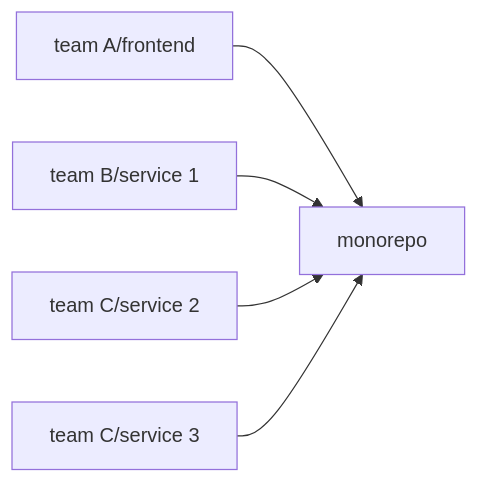
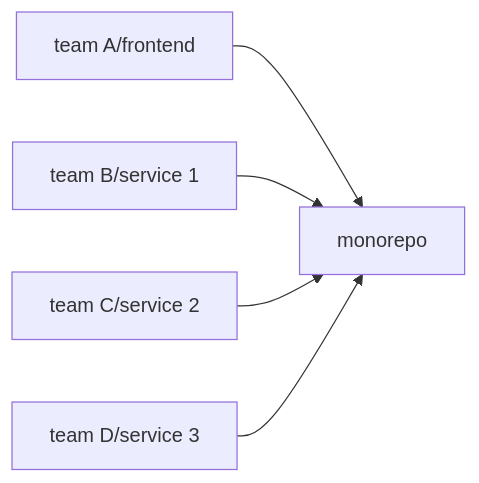
One commit to codecowboydotio/codecowboy changed the first of 2 diagrams in content/development/mermaid_hugo.md. Above: the diagram before and after it, drawn with Mermaid. The commit also changed other lines of this file, not shown here.

```diff
--- a/content/development/mermaid_hugo.md
+++ b/content/development/mermaid_hugo.md
@@ -40,7 +40,7 @@
 {{<mermaid align="left">}}
 graph LR;
     A[team A/frontend] --> B[monorepo]
     C[team B/service 1] --> B
     D[team C/service 2] --> B
-    E[team C/service 3] --> B
+    E[team D/service 3] --> B
 {{< /mermaid >}}
```
